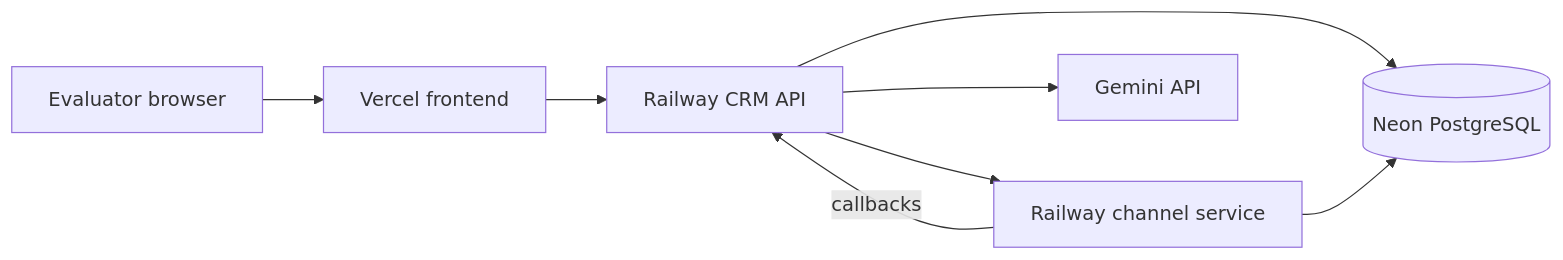
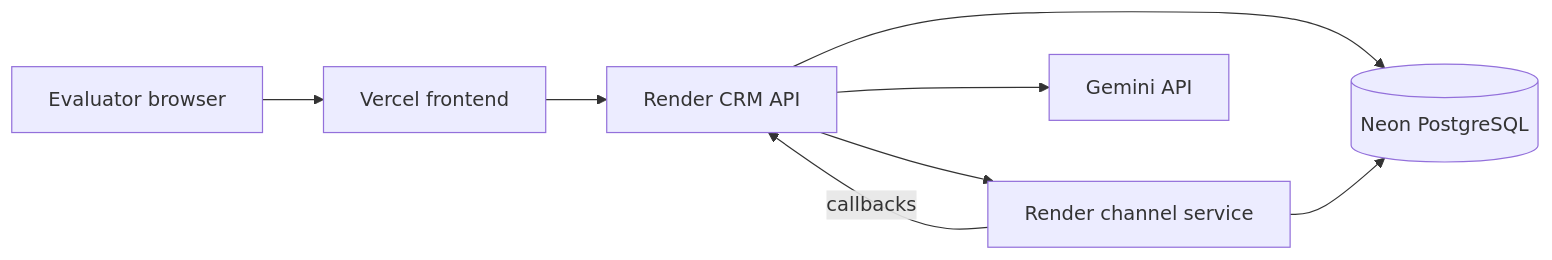
One commit to persistent-amd/pulse-crm changed the third of 5 diagrams in docs/architecture.md. Above: the diagram before and after it, drawn with Mermaid. The commit also changed other lines of this file and 1 other file, not shown here.

Commit message:
Pulse CRM deploy-ready build

````diff
--- a/docs/architecture.md
+++ b/docs/architecture.md
@@ -89,10 +89,10 @@
 ```mermaid
 flowchart LR
     User[Evaluator browser] --> Vercel[Vercel frontend]
-    Vercel --> RailwayCRM[Railway CRM API]
-    RailwayCRM --> Neon[(Neon PostgreSQL)]
-    RailwayCRM --> RailwayChannel[Railway channel service]
-    RailwayChannel --> Neon
-    RailwayChannel -->|callbacks| RailwayCRM
-    RailwayCRM --> Gemini[Gemini API]
+    Vercel --> RenderCRM[Render CRM API]
+    RenderCRM --> Neon[(Neon PostgreSQL)]
+    RenderCRM --> RenderChannel[Render channel service]
+    RenderChannel --> Neon
+    RenderChannel -->|callbacks| RenderCRM
+    RenderCRM --> Gemini[Gemini API]
 ```
````
